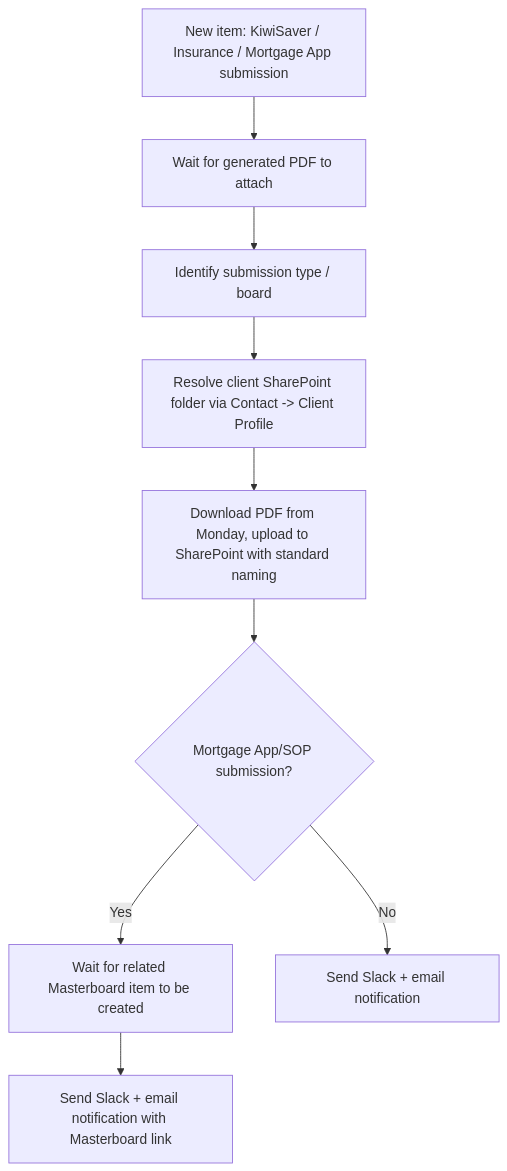
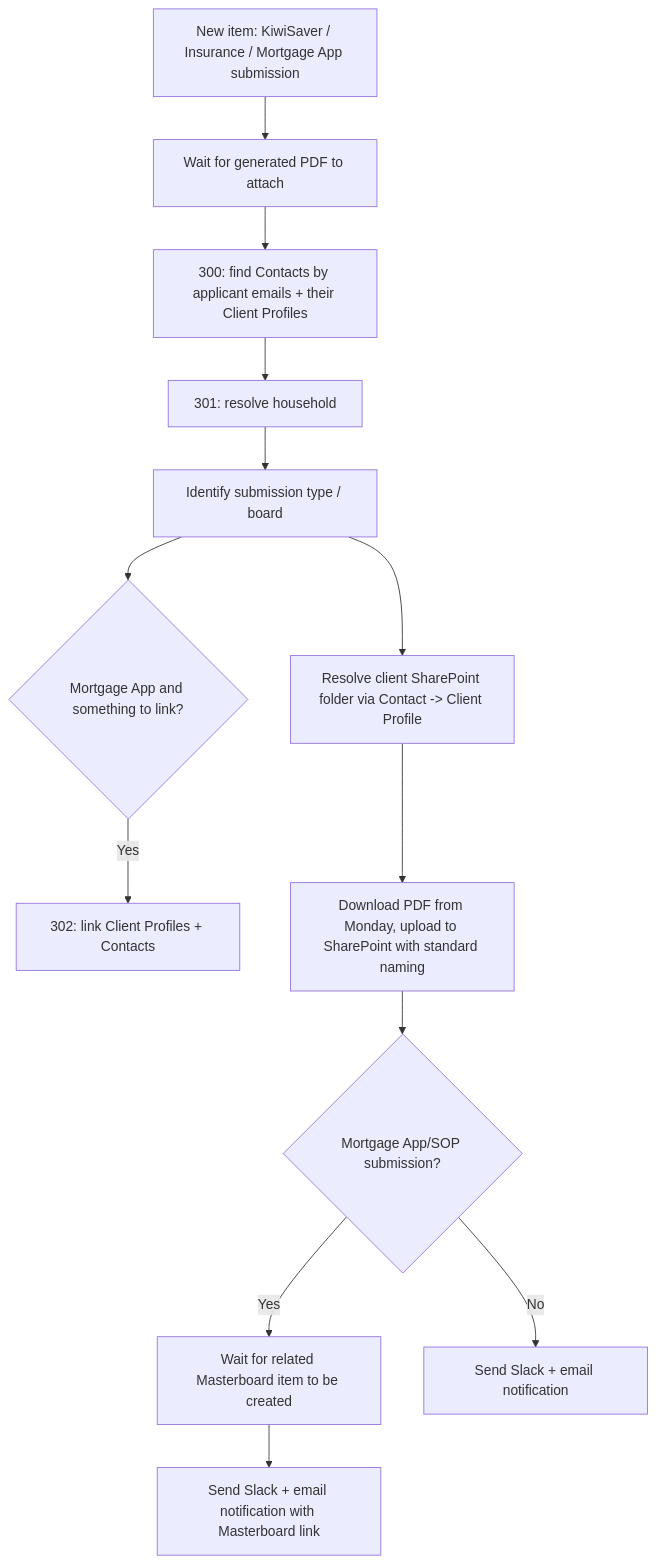
The diagram in knowledge/automations/make/AUTO-FORMS-001-new-form-submission.md (ElLeonITWizard/rsfa-technical-knowledge), drawn with Mermaid before and after one commit. The commit also changed other lines of this file and 3 other files, not shown here.

First line of the commit message:
docs: document automatic Client Profile/Contacts linking on Mortgage App submissions

````diff
--- a/knowledge/automations/make/AUTO-FORMS-001-new-form-submission.md
+++ b/knowledge/automations/make/AUTO-FORMS-001-new-form-submission.md
@@ -121,11 +167,15 @@
 ```mermaid
 flowchart TD
     A[New item: KiwiSaver / Insurance / Mortgage App submission] --> B[Wait for generated PDF to attach]
-    B --> C[Identify submission type / board]
+    B --> B1[300: find Contacts by applicant emails + their Client Profiles]
+    B1 --> B2[301: resolve household]
+    B2 --> C[Identify submission type / board]
+    C --> L{Mortgage App and something to link?}
+    L -->|Yes| L1[302: link Client Profiles + Contacts]
     C --> D[Resolve client SharePoint folder via Contact -> Client Profile]
     D --> E[Download PDF from Monday, upload to SharePoint with standard naming]
     E --> F{Mortgage App/SOP submission?}
     F -->|Yes| G[Wait for related Masterboard item to be created]
     G --> H[Send Slack + email notification with Masterboard link]
     F -->|No| I[Send Slack + email notification]
 ```
````
